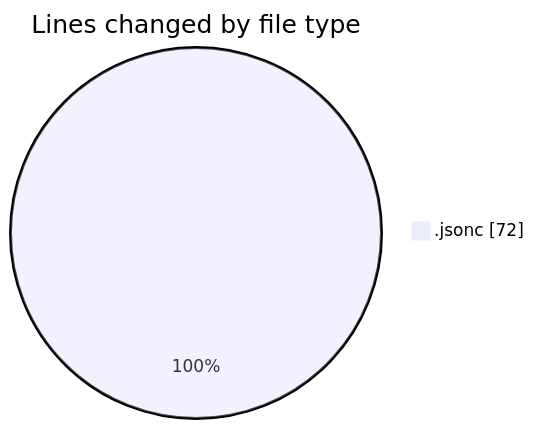
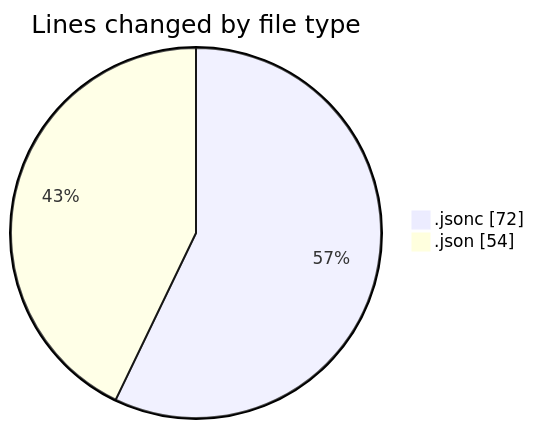
One commit to EIIisD/code-tracking changed the first of 2 diagrams in 2025-08-03/opencode/README.md. Above: the diagram before and after it, drawn with Mermaid. The commit also changed other lines of this file and 1 other file, not shown here.

````diff
--- a/2025-08-03/opencode/README.md
+++ b/2025-08-03/opencode/README.md
@@ -20,5 +21,6 @@
 ```mermaid
 pie showData
 title Lines changed by file type
 ".jsonc" : 72
+".json" : 54
 ```
````
